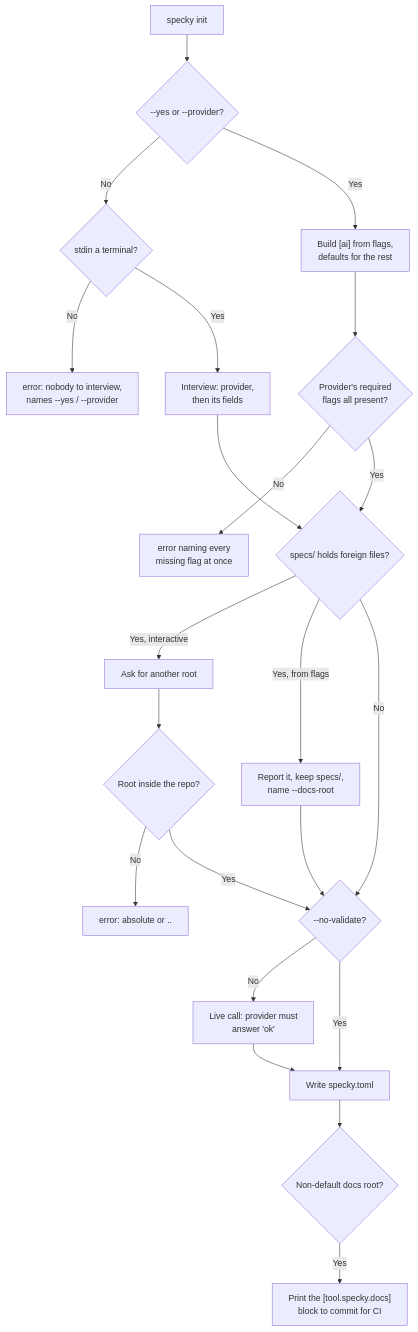
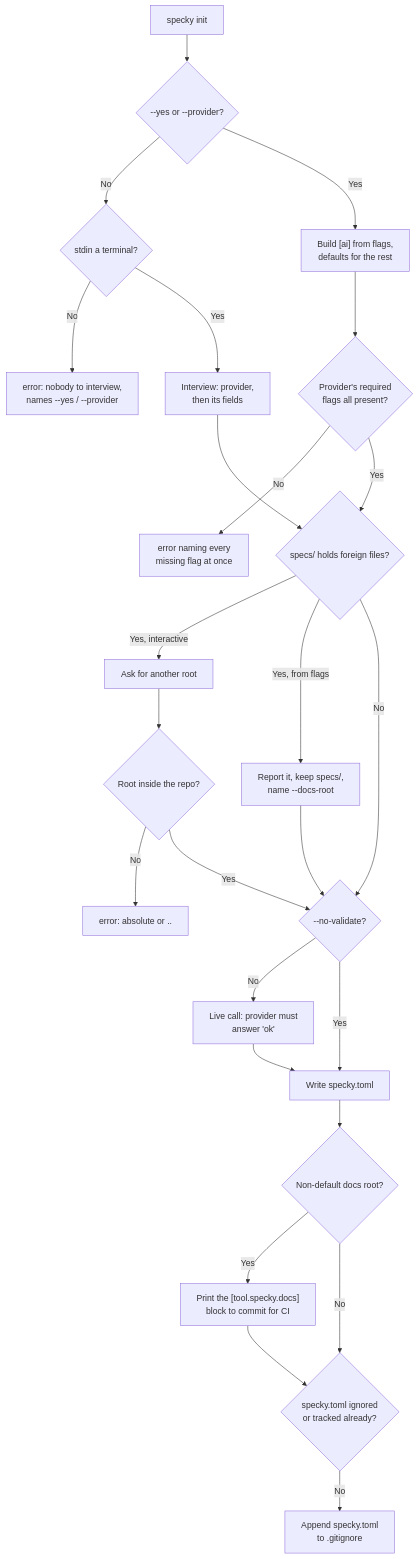
The diagram in specs/cli/init.md (danyyacoub/specky), drawn with Mermaid before and after one commit. The commit also changed other lines of this file and 38 other files, not shown here.

````diff
--- a/specs/cli/init.md
+++ b/specs/cli/init.md
@@ -59,24 +66,27 @@
 ```mermaid
 flowchart TD
     A["specky init"] --> B{"--yes or --provider?"}
     B -->|No| C{"stdin a terminal?"}
     C -->|No| D["error: nobody to interview,<br/>names --yes / --provider"]
     C -->|Yes| E["Interview: provider,<br/>then its fields"]
     B -->|Yes| F["Build [ai] from flags,<br/>defaults for the rest"]
     F --> G{"Provider's required<br/>flags all present?"}
     G -->|No| H["error naming every<br/>missing flag at once"]
     E --> I{"specs/ holds foreign files?"}
     G -->|Yes| I
     I -->|Yes, interactive| J["Ask for another root"]
     I -->|Yes, from flags| K["Report it, keep specs/,<br/>name --docs-root"]
     I -->|No| L
     J --> M{"Root inside the repo?"}
     M -->|No| N["error: absolute or .."]
     M -->|Yes| L
     K --> L{"--no-validate?"}
     L -->|No| O["Live call: provider must<br/>answer 'ok'"]
     L -->|Yes| P
     O --> P["Write specky.toml"]
     P --> Q{"Non-default docs root?"}
     Q -->|Yes| R["Print the [tool.specky.docs]<br/>block to commit for CI"]
+    Q -->|No| S
+    R --> S{"specky.toml ignored<br/>or tracked already?"}
+    S -->|No| T["Append specky.toml<br/>to .gitignore"]
 ```
````
